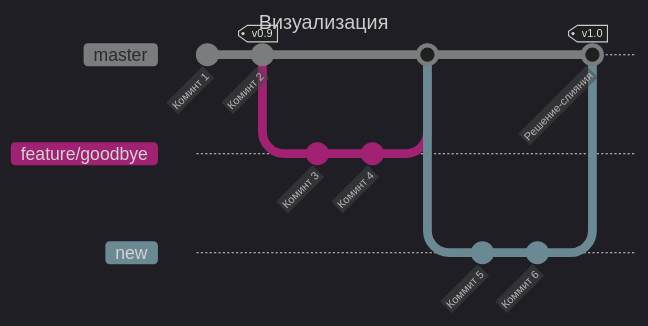
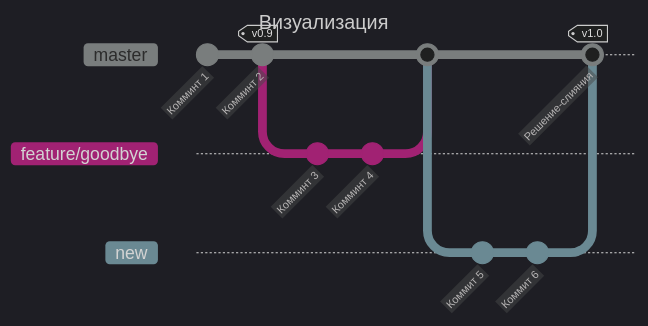
Before and after one commit to PWFoox/PWFoox_Wiki: diagram 11 of 11 in docs/Глава 2/2.2 Пример работы с локальным Git.md, drawn with Mermaid. The commit also changed other lines of this file and 9 other files, not shown here.

````diff
--- a/docs/Глава 2/2.2 Пример работы с локальным Git.md
+++ b/docs/Глава 2/2.2 Пример работы с локальным Git.md
@@ -548,21 +548,21 @@
 ```mermaid
 ---
 title: Визуализация
 ---
 %%{init: {'gitGraph':{'mainBranchName': 'master'}, 'theme': 'dark'}}%%
 gitGraph
-   commit id: "Коминт 1"
-   commit id: "Коминт 2" tag: "v0.9"
+   commit id: "Комминт 1"
+   commit id: "Комминт 2" tag: "v0.9"
    branch feature/goodbye
    checkout feature/goodbye
-   commit id: "Коминт 3"
-   commit id: "Коминт 4"
+   commit id: "Комминт 3"
+   commit id: "Комминт 4"
    checkout master
    merge feature/goodbye
    branch new
    checkout new
    commit id: "Коммит 5"
    commit id: "Коммит 6"
    checkout master
    merge new id: "Решение-слияния" tag: "v1.0"
 ```
````
